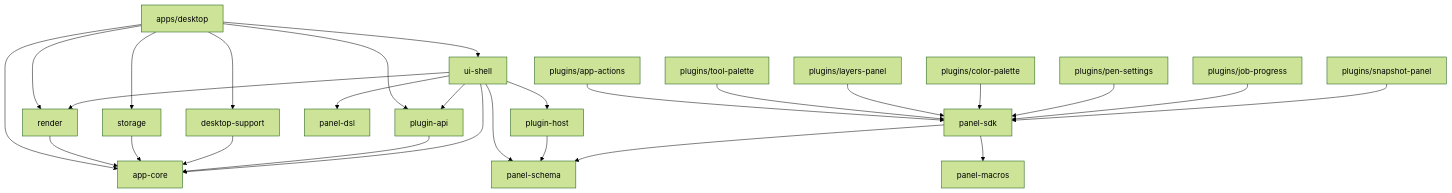
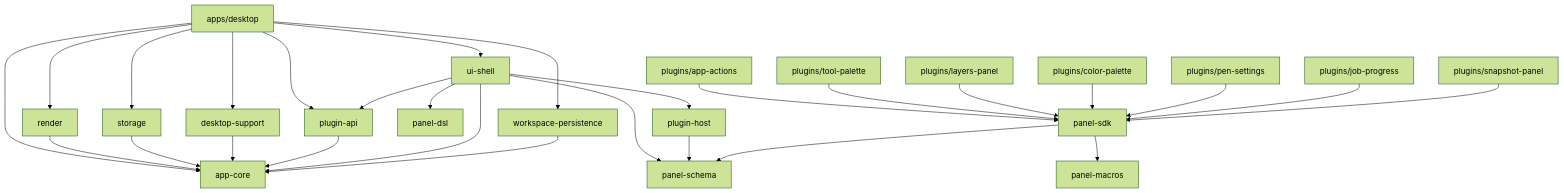
One commit to gitdmnt/altpaint changed the diagram in docs/MODULE_DEPENDENCIES.md. Above: the diagram before and after it, drawn with Mermaid (forest theme). The commit also changed other lines of this file and 26 other files, not shown here.

````diff
--- a/docs/MODULE_DEPENDENCIES.md
+++ b/docs/MODULE_DEPENDENCIES.md
@@ -60,33 +61,35 @@
 ```mermaid
 graph TD
     desktop[apps/desktop] --> appcore[app-core]
     desktop --> render[render]
     desktop --> uishell[ui-shell]
     desktop --> pluginapi[plugin-api]
     desktop --> storage[storage]
     desktop --> dsupport[desktop-support]
+    desktop --> wpersist[workspace-persistence]
 
     render --> appcore
     storage --> appcore
     dsupport --> appcore
     pluginapi --> appcore
 
     uishell --> appcore
-    uishell --> render
     uishell --> pluginapi
     uishell --> pds[panel-dsl]
     uishell --> pschema[panel-schema]
     uishell --> phost[plugin-host]
+
+    wpersist[workspace-persistence] --> appcore
 
     phost --> pschema
     psdk[panel-sdk] --> pmacros[panel-macros]
     psdk --> pschema
 
     appactions[plugins/app-actions] --> psdk
     toolpalette[plugins/tool-palette] --> psdk
     layerspanel[plugins/layers-panel] --> psdk
     colorpalette[plugins/color-palette] --> psdk
     pensettings[plugins/pen-settings] --> psdk
     jobprogress[plugins/job-progress] --> psdk
     snapshotpanel[plugins/snapshot-panel] --> psdk
 ```
````
